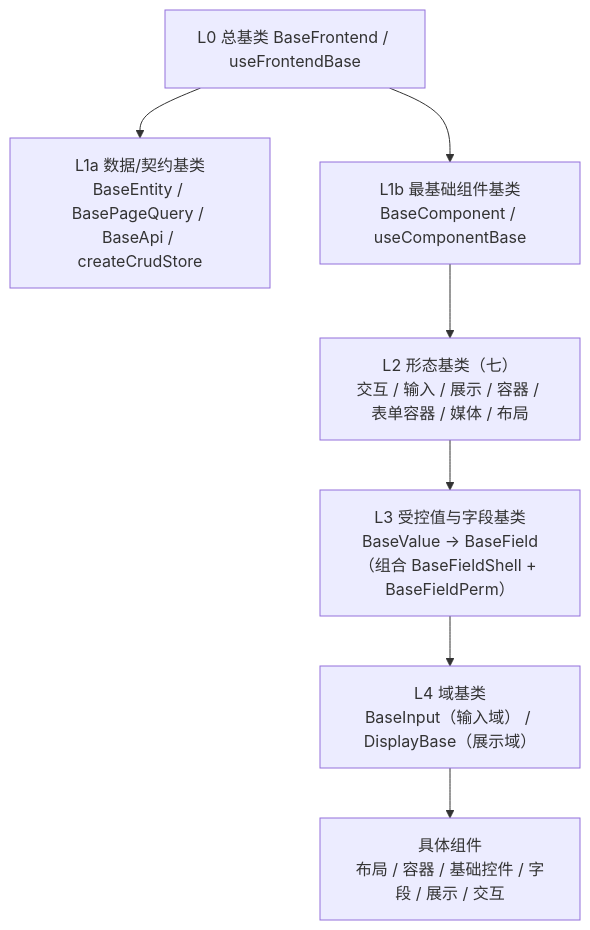
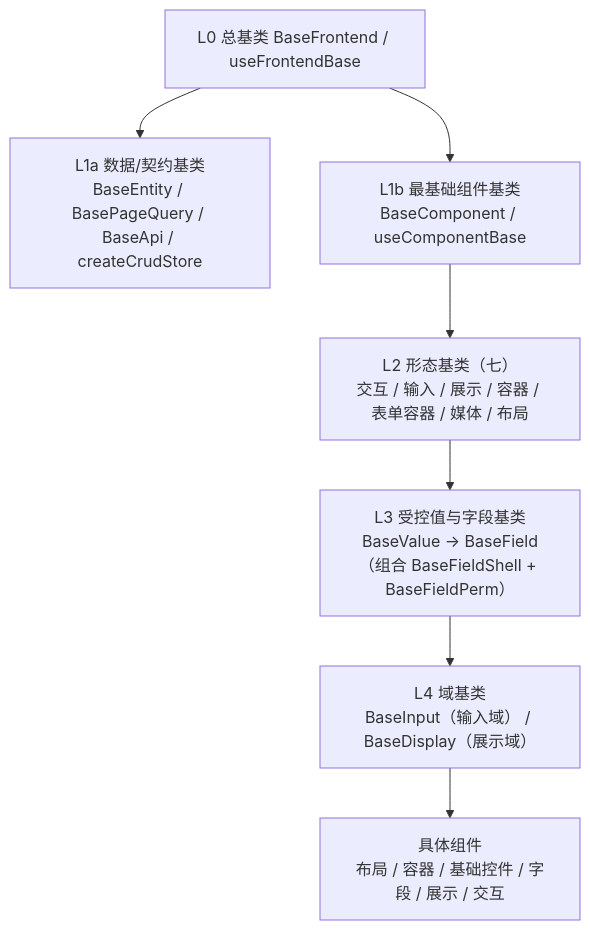
The diagram in bms文档/设计/架构设计/32_架构设计_前端组件体系.md (minjian123/basic-management-system), drawn with Mermaid before and after one commit. The commit also changed other lines of this file and 14 other files, not shown here.

Commit message:
docs(规范): 统一基类命名规则并重命名 DisplayBase 为 BaseDisplay

````diff
--- a/bms文档/设计/架构设计/32_架构设计_前端组件体系.md
+++ b/bms文档/设计/架构设计/32_架构设计_前端组件体系.md
@@ -28,16 +28,16 @@
 ```mermaid
 flowchart TD
     L0["L0 总基类 BaseFrontend / useFrontendBase"]
     L1A["L1a 数据/契约基类<br/>BaseEntity / BasePageQuery / BaseApi / createCrudStore"]
     L1B["L1b 最基础组件基类<br/>BaseComponent / useComponentBase"]
     L2["L2 形态基类（七）<br/>交互 / 输入 / 展示 / 容器 / 表单容器 / 媒体 / 布局"]
     L3["L3 受控值与字段基类<br/>BaseValue → BaseField（组合 BaseFieldShell + BaseFieldPerm）"]
-    L4["L4 域基类<br/>BaseInput（输入域） / DisplayBase（展示域）"]
+    L4["L4 域基类<br/>BaseInput（输入域） / BaseDisplay（展示域）"]
     C["具体组件<br/>布局 / 容器 / 基础控件 / 字段 / 展示 / 交互"]
     L0 --> L1A
     L0 --> L1B
     L1B --> L2
     L2 --> L3
     L3 --> L4
     L4 --> C
 ```
````
